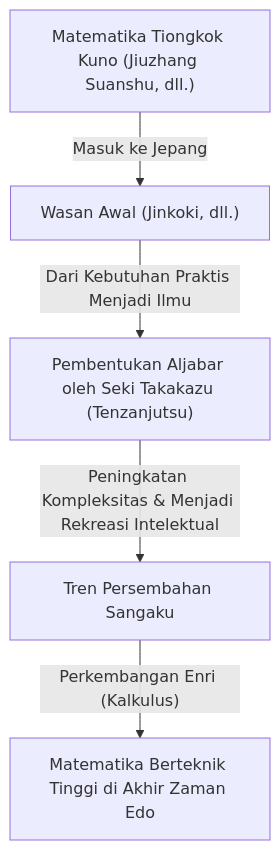
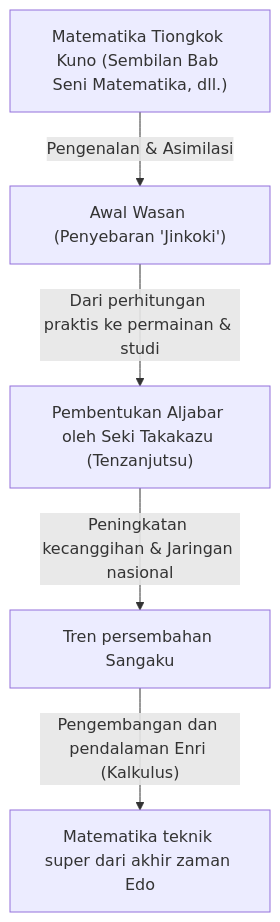
One commit to kenjinote/blog changed the first of 2 diagrams in content/post/history-of-wasan-japanese-mathematics/index.id.md. Above: the diagram before and after it, drawn with Mermaid. The commit also changed other lines of this file and 129 other files, not shown here.

````diff
--- a/content/post/history-of-wasan-japanese-mathematics/index.id.md
+++ b/content/post/history-of-wasan-japanese-mathematics/index.id.md
@@ -17,7 +25,7 @@
 ```mermaid
 graph TD
-    A["Matematika Tiongkok Kuno (Jiuzhang Suanshu, dll.)"] -- "Masuk ke Jepang" --> B["Wasan Awal (Jinkoki, dll.)"]
-    B -- "Dari Kebutuhan Praktis Menjadi Ilmu" --> C["Pembentukan Aljabar oleh Seki Takakazu (Tenzanjutsu)"]
-    C -- "Peningkatan Kompleksitas & Menjadi Rekreasi Intelektual" --> D["Tren Persembahan Sangaku"]
-    D -- "Perkembangan Enri (Kalkulus)" --> E["Matematika Berteknik Tinggi di Akhir Zaman Edo"]
+    A["Matematika Tiongkok Kuno (Sembilan Bab Seni Matematika, dll.)"] -- "Pengenalan & Asimilasi" --> B["Awal Wasan (Penyebaran 'Jinkoki')"]
+    B -- "Dari perhitungan praktis ke permainan & studi" --> C["Pembentukan Aljabar oleh Seki Takakazu (Tenzanjutsu)"]
+    C -- "Peningkatan kecanggihan & Jaringan nasional" --> D["Tren persembahan Sangaku"]
+    D -- "Pengembangan dan pendalaman Enri (Kalkulus)" --> E["Matematika teknik super dari akhir zaman Edo"]
 ```
````
